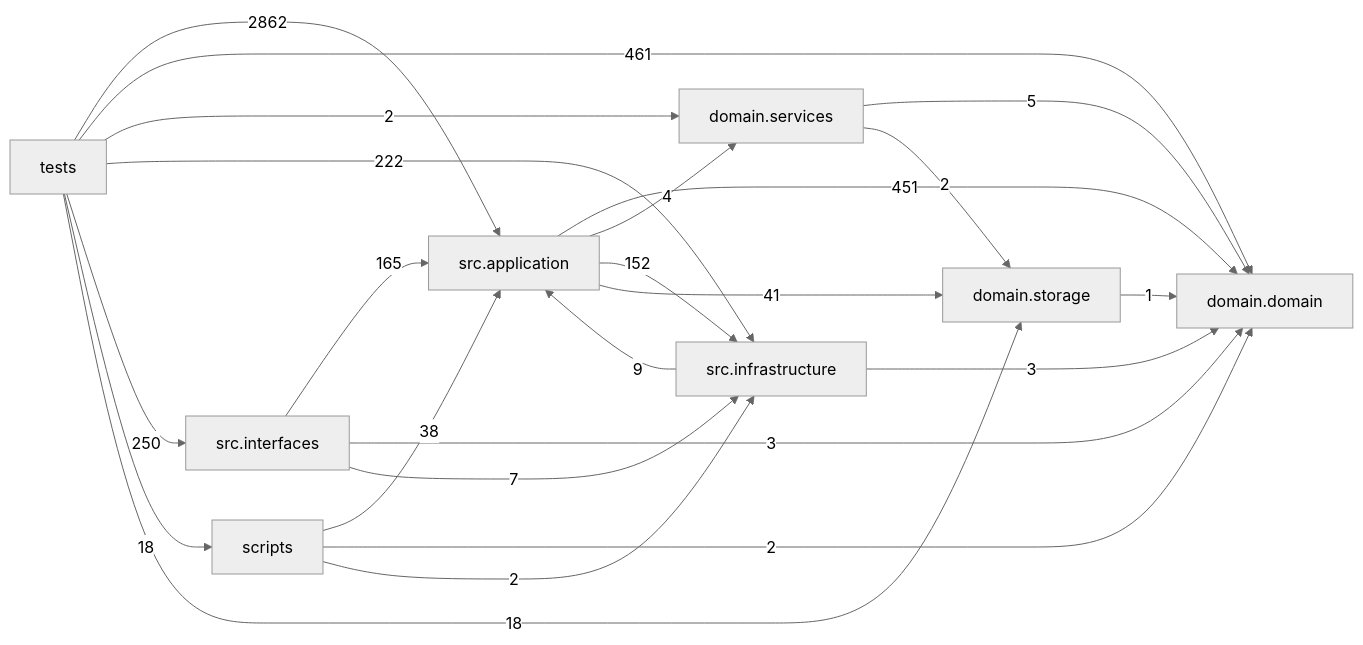
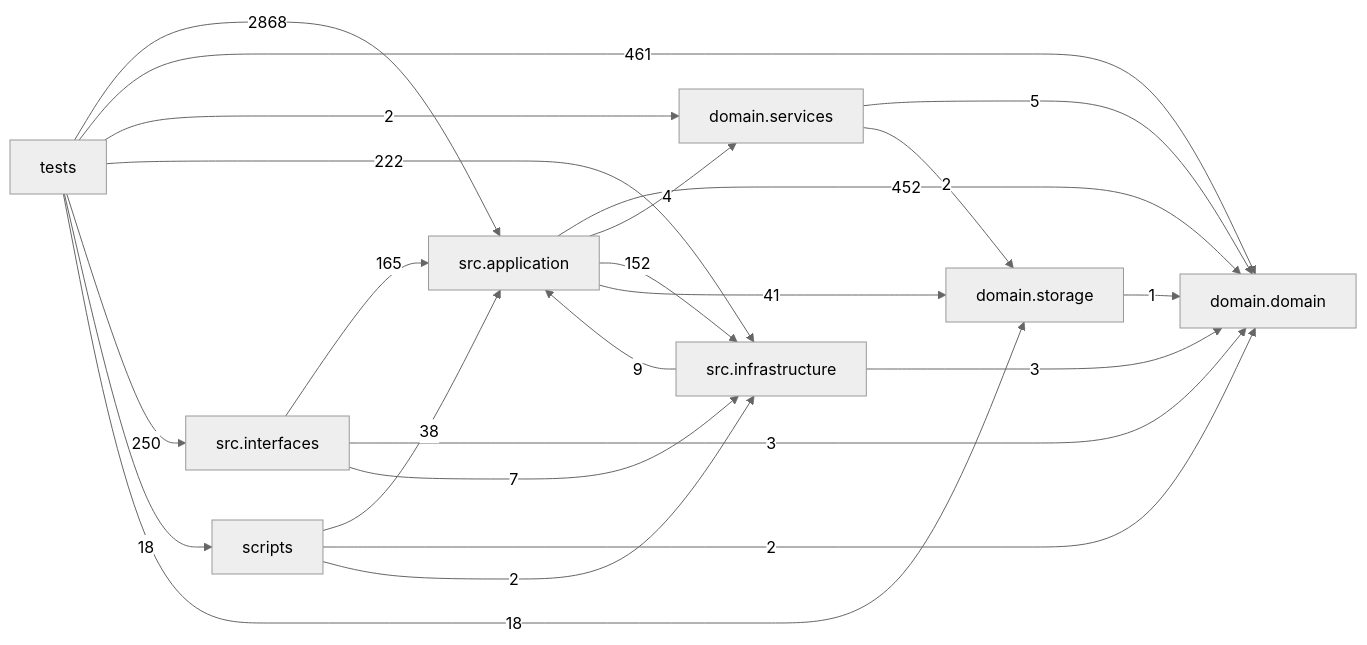
The diagram in docs/DEPENDENCY_GRAPH.md (liuxie066/options-monitor), drawn with Mermaid (neutral theme) before and after one commit. The commit also changed other lines of this file and 80 other files, not shown here.

````diff
--- a/docs/DEPENDENCY_GRAPH.md
+++ b/docs/DEPENDENCY_GRAPH.md
@@ -24,33 +24,33 @@
 ```mermaid
 flowchart LR
   tests["tests"]
   scripts["scripts"]
   interfaces["src.interfaces"]
   application["src.application"]
   infrastructure["src.infrastructure"]
   domain_services["domain.services"]
   domain["domain.domain"]
   storage["domain.storage"]
-  application -->|451| domain
+  application -->|452| domain
   application -->|4| domain_services
   application -->|152| infrastructure
   application -->|41| storage
   domain_services -->|5| domain
   domain_services -->|2| storage
   infrastructure -->|9| application
   infrastructure -->|3| domain
   interfaces -->|165| application
   interfaces -->|3| domain
   interfaces -->|7| infrastructure
   scripts -->|38| application
   scripts -->|2| domain
   scripts -->|2| infrastructure
   storage -->|1| domain
-  tests -->|2862| application
+  tests -->|2868| application
   tests -->|461| domain
   tests -->|2| domain_services
   tests -->|222| infrastructure
   tests -->|250| interfaces
   tests -->|18| scripts
   tests -->|18| storage
 ```
````
